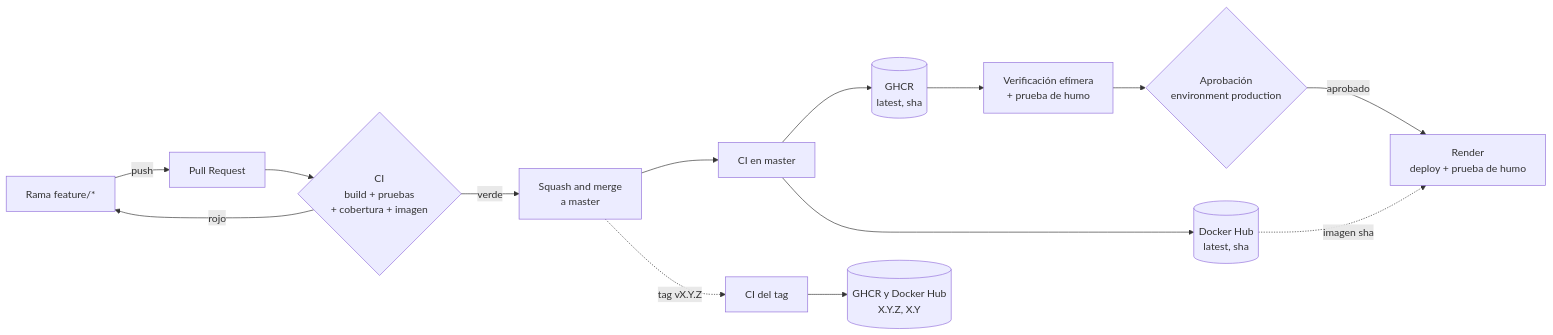
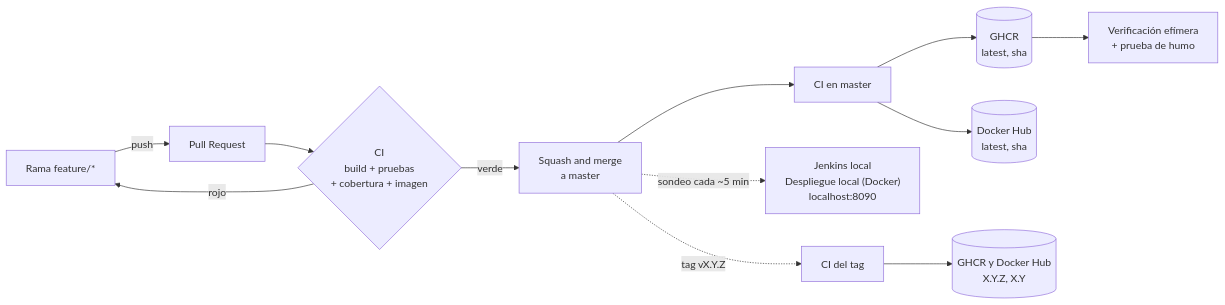
The diagram in docs/guides/ci-cd.md (christophersanz/AI-CICD), drawn with Mermaid before and after one commit. The commit also changed other lines of this file and 12 other files, not shown here.

First line of the commit message:
Quitar Render: despliegue solo con Docker (ADR-0016) (#20)

````diff
--- a/docs/guides/ci-cd.md
+++ b/docs/guides/ci-cd.md
@@ -21,16 +21,14 @@
 ```mermaid
 flowchart LR
     A[Rama feature/*] -->|push| B[Pull Request]
     B --> C{CI<br/>build + pruebas<br/>+ cobertura + imagen}
     C -->|rojo| A
     C -->|verde| D[Squash and merge<br/>a master]
     D --> E[CI en master]
     E --> F[(GHCR<br/>latest, sha)]
     E --> G[(Docker Hub<br/>latest, sha)]
     F --> V[Verificación efímera<br/>+ prueba de humo]
-    V --> W{Aprobación<br/>environment production}
-    G -.->|imagen sha| R
-    W -->|aprobado| R[Render<br/>deploy + prueba de humo]
+    D -.->|sondeo cada ~5 min| J["Jenkins local<br/>Despliegue local (Docker)<br/>localhost:8090"]
     D -.->|tag vX.Y.Z| H[CI del tag]
     H --> I[(GHCR y Docker Hub<br/>X.Y.Z, X.Y)]
 ```
````
